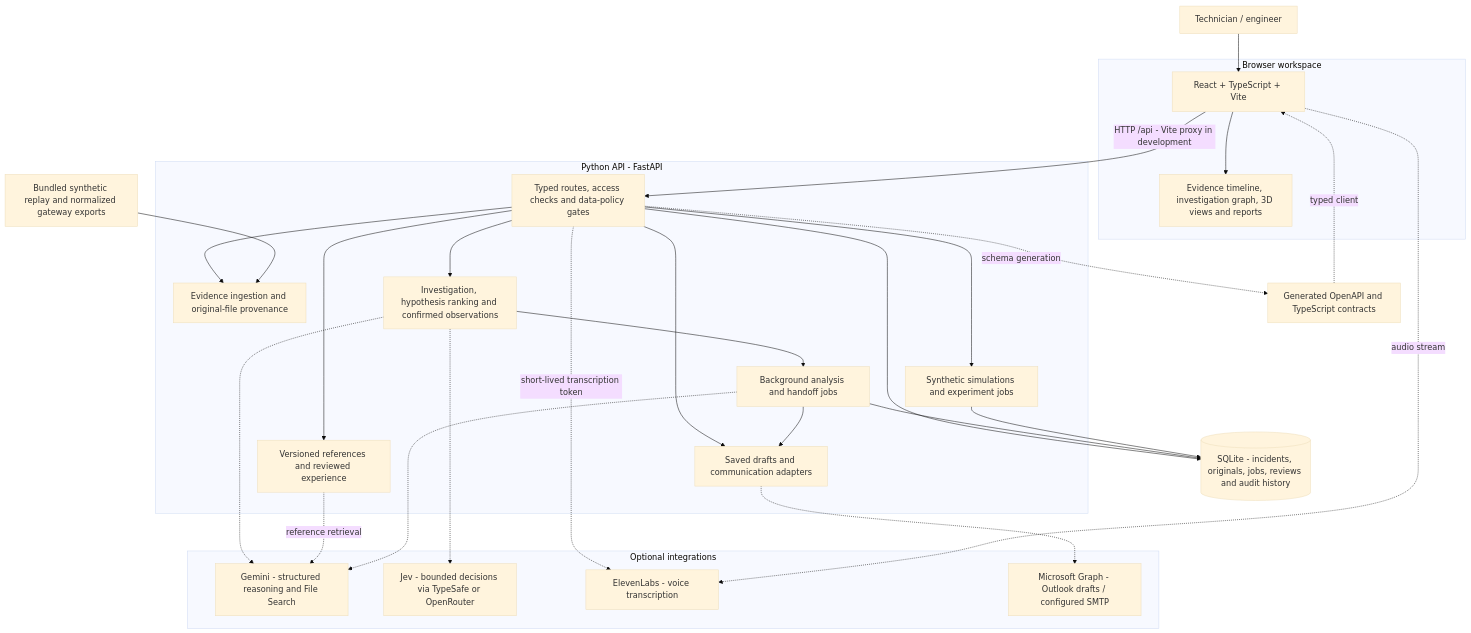
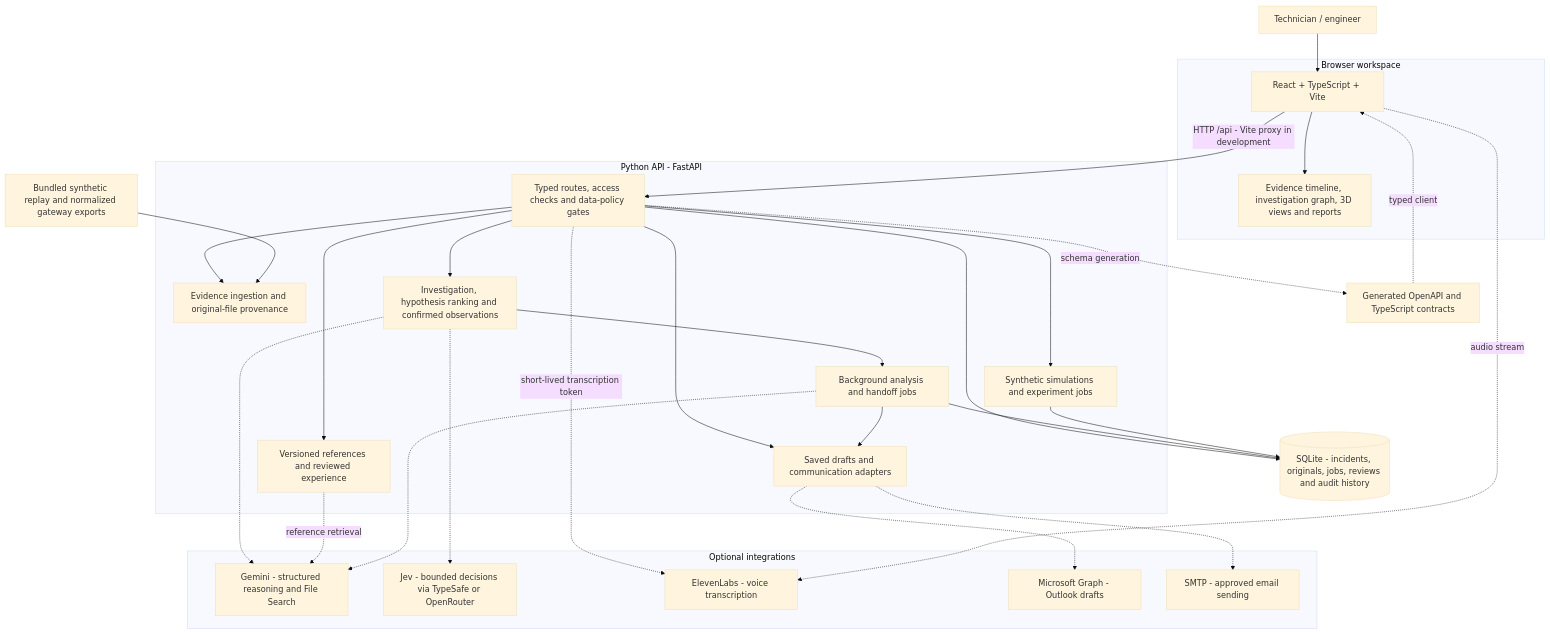
The diagram in README.md (JiaLe331/FlowPilot), drawn with Mermaid (base theme) before and after one commit. The commit also changed other lines of this file, not shown here.

````diff
--- a/README.md
+++ b/README.md
@@ -85,54 +83,56 @@
 ```mermaid
 flowchart TB
     technician["Technician / engineer"]
 
     subgraph browser["Browser workspace"]
         web["React + TypeScript + Vite"]
         views["Evidence timeline, investigation graph, 3D views and reports"]
         web --> views
     end
 
     subgraph backend["Python API - FastAPI"]
         api["Typed routes, access checks and data-policy gates"]
         intake["Evidence ingestion and original-file provenance"]
         investigation["Investigation, hypothesis ranking and confirmed observations"]
         workers["Background analysis and handoff jobs"]
         experiments["Synthetic simulations and experiment jobs"]
         knowledge["Versioned references and reviewed experience"]
         handoff["Saved drafts and communication adapters"]
         api --> intake
         api --> investigation
         api --> experiments
         api --> knowledge
         api --> handoff
         investigation --> workers
         workers --> handoff
     end
 
     database[("SQLite - incidents, originals, jobs, reviews and audit history")]
     fixtures["Bundled synthetic replay and normalized gateway exports"]
     contracts["Generated OpenAPI and TypeScript contracts"]
 
     subgraph integrations["Optional integrations"]
         gemini["Gemini - structured reasoning and File Search"]
         jev["Jev - bounded decisions via TypeSafe or OpenRouter"]
         voice["ElevenLabs - voice transcription"]
-        mail["Microsoft Graph - Outlook drafts / configured SMTP"]
+        outlook["Microsoft Graph - Outlook drafts"]
+        smtp["SMTP - approved email sending"]
     end
 
     technician --> web
     web -->|"HTTP /api - Vite proxy in development"| api
     fixtures --> intake
     api --> database
     workers --> database
     experiments --> database
     api -.->|"schema generation"| contracts
     contracts -.->|"typed client"| web
     investigation -.-> gemini
     knowledge -.->|"reference retrieval"| gemini
     workers -.-> gemini
     investigation -.-> jev
     api -.->|"short-lived transcription token"| voice
     web -.->|"audio stream"| voice
-    handoff -.-> mail
+    handoff -.-> outlook
+    handoff -.-> smtp
 ```
````
